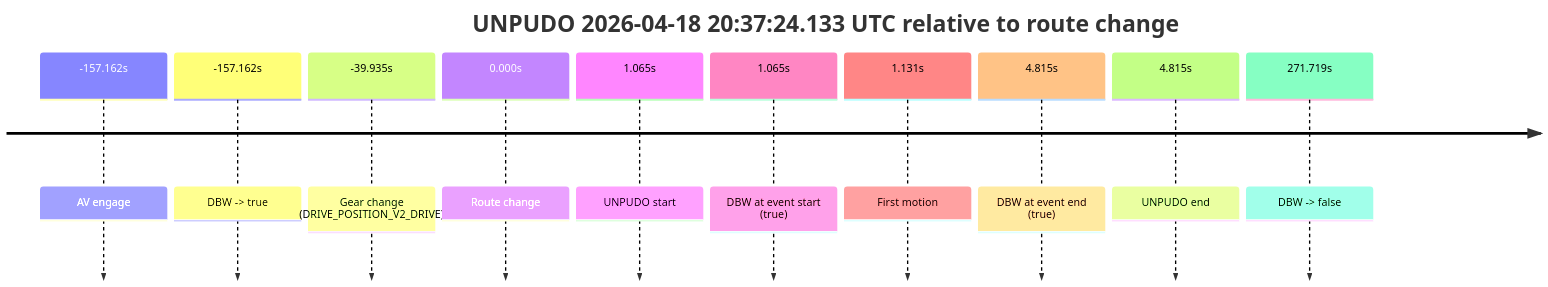
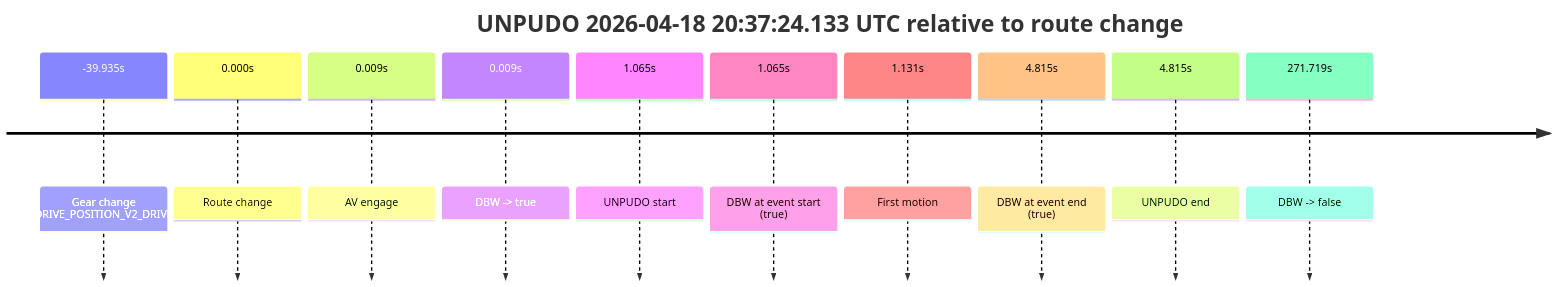
One commit to yoelshapiro/vault changed the fourth of 6 diagrams in model_analysis/report_cards/2026/04/Week-3/fme20031--2026-04-18--20-01-35--gen2-av-488757f4-84a2-41cf-ba93-f1418f8e3bc7.md. Above: the diagram before and after it, drawn with Mermaid. The commit also changed other lines of this file and 41 other files, not shown here.

````diff
--- a/model_analysis/report_cards/2026/04/Week-3/fme20031--2026-04-18--20-01-35--gen2-av-488757f4-84a2-41cf-ba93-f1418f8e3bc7.md
+++ b/model_analysis/report_cards/2026/04/Week-3/fme20031--2026-04-18--20-01-35--gen2-av-488757f4-84a2-41cf-ba93-f1418f8e3bc7.md
@@ -318,14 +318,14 @@
 ```mermaid
 timeline
     title UNPUDO 2026-04-18 20:37:24.133 UTC relative to route change
-    -157.162s : AV engage
-    -157.162s : DBW -> true
     -39.935s : Gear change (DRIVE_POSITION_V2_DRIVE)
     0.000s : Route change
+    0.009s : AV engage
+    0.009s : DBW -> true
     1.065s : UNPUDO start
     1.065s : DBW at event start (true)
     1.131s : First motion
     4.815s : DBW at event end (true)
     4.815s : UNPUDO end
     271.719s : DBW -> false
 ```
````
